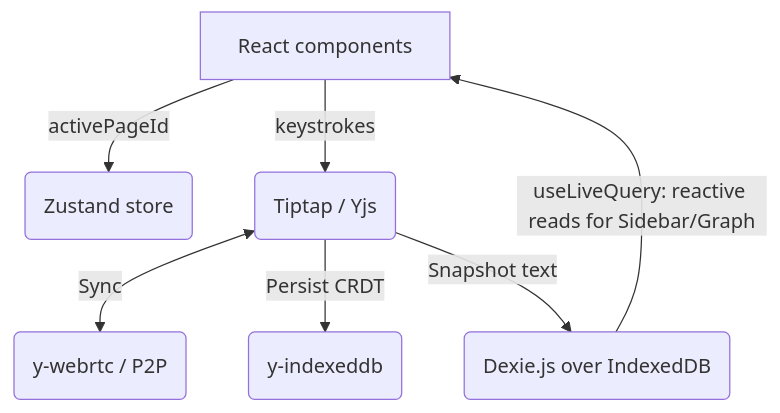
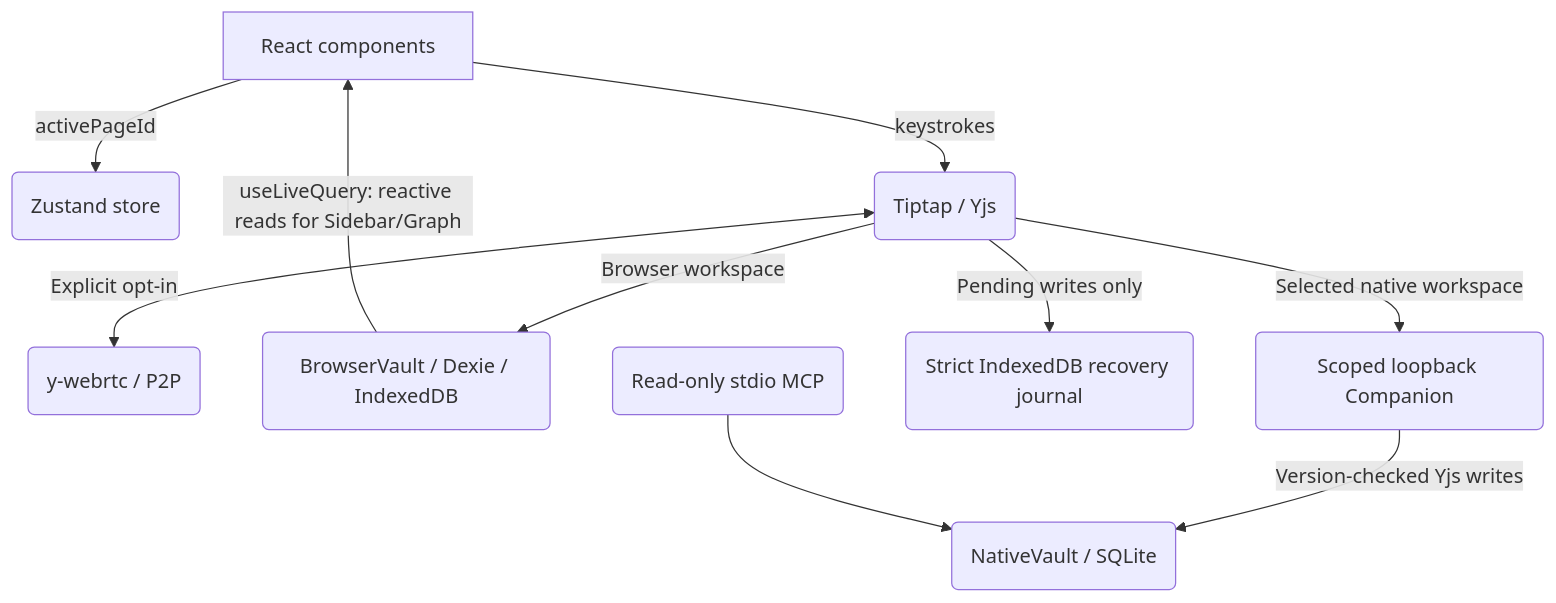
One commit to liminal-cipher/ephemeris changed the diagram in README.md. Above: the diagram before and after it, drawn with Mermaid. The commit also changed other lines of this file and 4 other files, not shown here.

First line of the commit message:
docs: document native workspace workflows

````diff
--- a/README.md
+++ b/README.md
@@ -30,9 +32,12 @@
 ```mermaid
 graph TD
     A[React components] -->|activePageId| B(Zustand store)
     A -->|keystrokes| C(Tiptap / Yjs)
-    C <-->|Sync| E(y-webrtc / P2P)
-    C -->|Persist CRDT| F(y-indexeddb)
-    C -->|Snapshot text| D(Dexie.js over IndexedDB)
+    C <-->|Explicit opt-in| E(y-webrtc / P2P)
+    C -->|Browser workspace| D(BrowserVault / Dexie / IndexedDB)
     D -->|useLiveQuery: reactive reads for Sidebar/Graph| A
+    C -->|Selected native workspace| G(Scoped loopback Companion)
+    G -->|Version-checked Yjs writes| H(NativeVault / SQLite)
+    C -->|Pending writes only| I(Strict IndexedDB recovery journal)
+    J(Read-only stdio MCP) --> H
 ```
````
